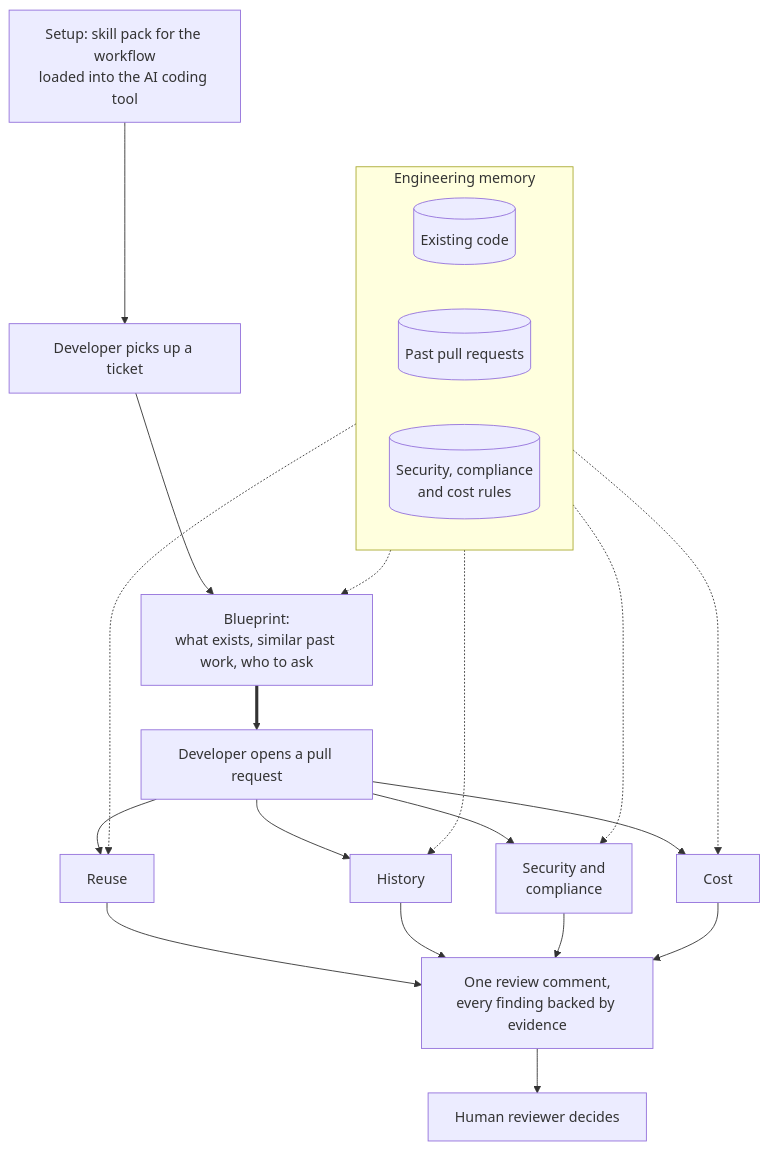
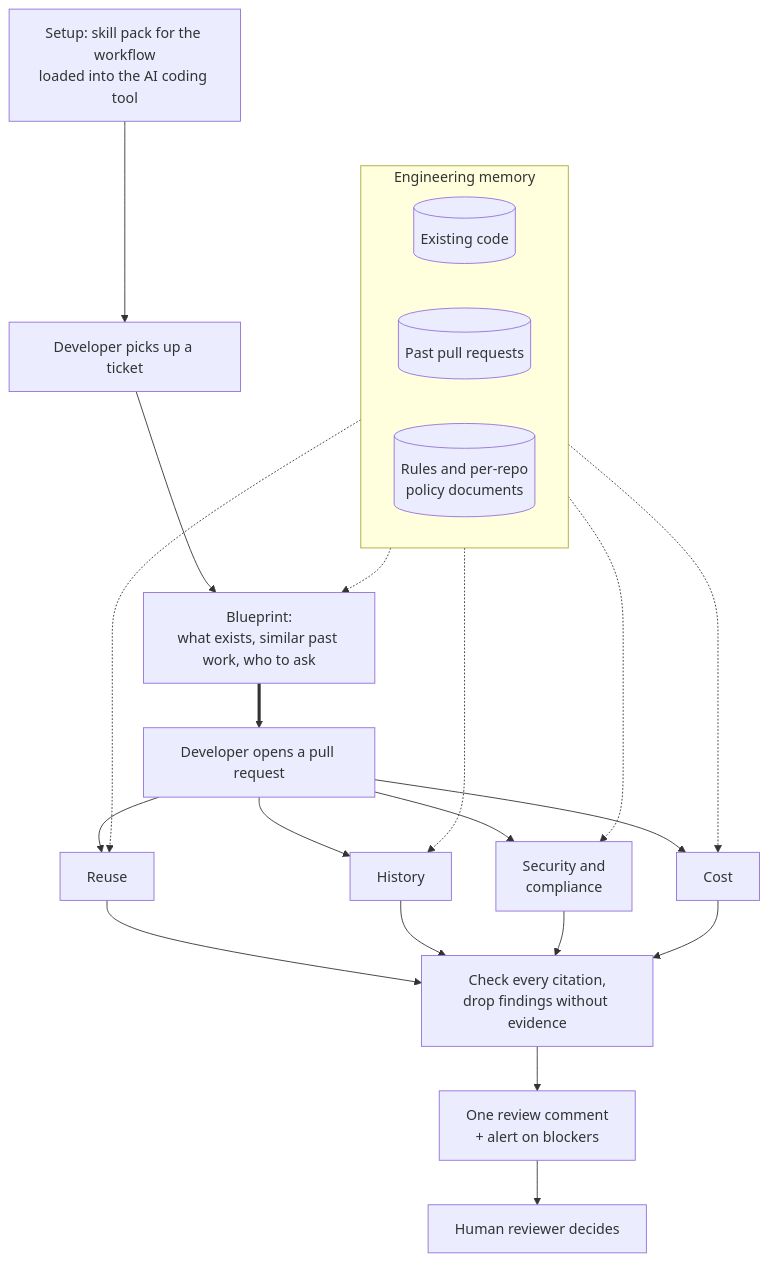
One commit to vamsikodavali/Natwest-PRAgent changed the diagram in README.md. Above: the diagram before and after it, drawn with Mermaid. The commit also changed other lines of this file, not shown here.

````diff
--- a/README.md
+++ b/README.md
@@ -29,19 +29,20 @@
 ```mermaid
 flowchart TB
     subgraph K ["Engineering memory"]
         direction LR
         Code[("Existing code")]
         Past[("Past pull requests")]
-        Rules[("Security, compliance<br/>and cost rules")]
+        Rules[("Rules and per-repo<br/>policy documents")]
     end
 
     Setup["Setup: skill pack for the workflow<br/>loaded into the AI coding tool"] --> Ticket
     Ticket["Developer picks up a ticket"] --> Blueprint["Blueprint:<br/>what exists, similar past work, who to ask"]
     Blueprint ==> PR["Developer opens a pull request"]
     PR --> Reuse["Reuse"] & History["History"] & Sec["Security and<br/>compliance"] & Cost["Cost"]
-    Reuse & History & Sec & Cost --> Report["One review comment,<br/>every finding backed by evidence"]
+    Reuse & History & Sec & Cost --> Verify["Check every citation,<br/>drop findings without evidence"]
+    Verify --> Report["One review comment<br/>+ alert on blockers"]
     Report --> Human["Human reviewer decides"]
 
     K -.-> Blueprint
     K -.-> Reuse & History & Sec & Cost
 ```
````
